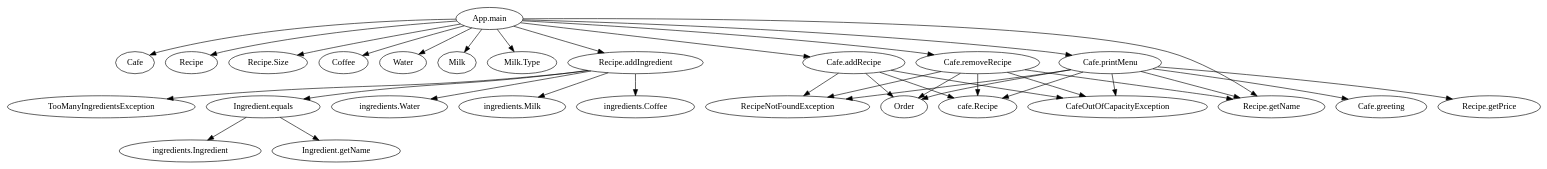
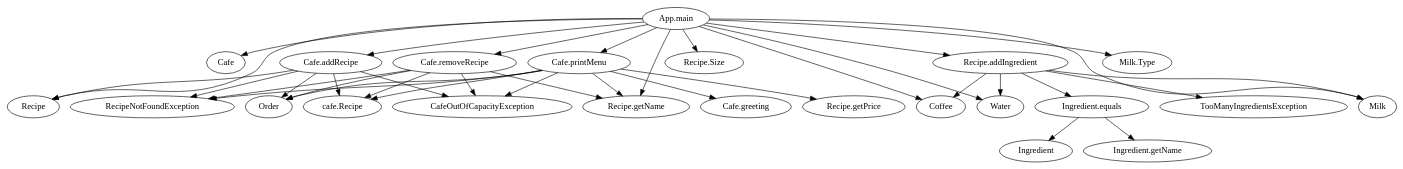
One commit to ruizhengu/CausalGrading changed the diagram in Cafe.dot. Above: the diagram before and after it, drawn with Graphviz. The commit also changed 2 other files, not shown here.

```diff
--- a/Cafe.dot
+++ b/Cafe.dot
@@ -1,63 +1,61 @@
 digraph Cafe {
 "App.main" [label="App.main"];
 "Cafe" [label="Cafe"];
 "Recipe" [label="Recipe"];
 "Recipe.Size" [label="Recipe.Size"];
 "Coffee" [label="Coffee"];
 "Water" [label="Water"];
 "Milk" [label="Milk"];
 "Milk.Type" [label="Milk.Type"];
 "Recipe.addIngredient" [label="Recipe.addIngredient"];
-"ingredients.Coffee" [label="ingredients.Coffee"];
 "TooManyIngredientsException" [label="TooManyIngredientsException"];
 "Ingredient.equals" [label="Ingredient.equals"];
-"ingredients.Ingredient" [label="ingredients.Ingredient"];
+"Ingredient" [label="Ingredient"];
 "Ingredient.getName" [label="Ingredient.getName"];
-"ingredients.Water" [label="ingredients.Water"];
 "Cafe.addRecipe" [label="Cafe.addRecipe"];
-"cafe.Recipe" [label="cafe.Recipe"];
 "CafeOutOfCapacityException" [label="CafeOutOfCapacityException"];
 "RecipeNotFoundException" [label="RecipeNotFoundException"];
 "Order" [label="Order"];
-"ingredients.Milk" [label="ingredients.Milk"];
+"cafe.Recipe" [label="cafe.Recipe"];
 "Cafe.removeRecipe" [label="Cafe.removeRecipe"];
 "Recipe.getName" [label="Recipe.getName"];
 "Cafe.printMenu" [label="Cafe.printMenu"];
 "Cafe.greeting" [label="Cafe.greeting"];
 "Recipe.getPrice" [label="Recipe.getPrice"];
 "App.main" -> "Cafe";
 "App.main" -> "Recipe";
 "App.main" -> "Recipe.Size";
 "App.main" -> "Coffee";
 "App.main" -> "Water";
 "App.main" -> "Milk";
 "App.main" -> "Milk.Type";
 "App.main" -> "Recipe.addIngredient";
 "App.main" -> "Cafe.addRecipe";
 "App.main" -> "Cafe.removeRecipe";
 "App.main" -> "Recipe.getName";
 "App.main" -> "Cafe.printMenu";
-"Recipe.addIngredient" -> "ingredients.Coffee";
+"Recipe.addIngredient" -> "Coffee";
 "Recipe.addIngredient" -> "TooManyIngredientsException";
 "Recipe.addIngredient" -> "Ingredient.equals";
-"Recipe.addIngredient" -> "ingredients.Water";
-"Recipe.addIngredient" -> "ingredients.Milk";
-"Ingredient.equals" -> "ingredients.Ingredient";
+"Recipe.addIngredient" -> "Water";
+"Recipe.addIngredient" -> "Milk";
+"Ingredient.equals" -> "Ingredient";
 "Ingredient.equals" -> "Ingredient.getName";
-"Cafe.addRecipe" -> "cafe.Recipe";
+"Cafe.addRecipe" -> "Recipe";
 "Cafe.addRecipe" -> "CafeOutOfCapacityException";
 "Cafe.addRecipe" -> "RecipeNotFoundException";
 "Cafe.addRecipe" -> "Order";
+"Cafe.addRecipe" -> "cafe.Recipe";
 "Cafe.removeRecipe" -> "Recipe.getName";
 "Cafe.removeRecipe" -> "CafeOutOfCapacityException";
 "Cafe.removeRecipe" -> "RecipeNotFoundException";
 "Cafe.removeRecipe" -> "Order";
 "Cafe.removeRecipe" -> "cafe.Recipe";
 "Cafe.printMenu" -> "CafeOutOfCapacityException";
 "Cafe.printMenu" -> "RecipeNotFoundException";
 "Cafe.printMenu" -> "Order";
 "Cafe.printMenu" -> "cafe.Recipe";
 "Cafe.printMenu" -> "Cafe.greeting";
 "Cafe.printMenu" -> "Recipe.getName";
 "Cafe.printMenu" -> "Recipe.getPrice";
 }
```
